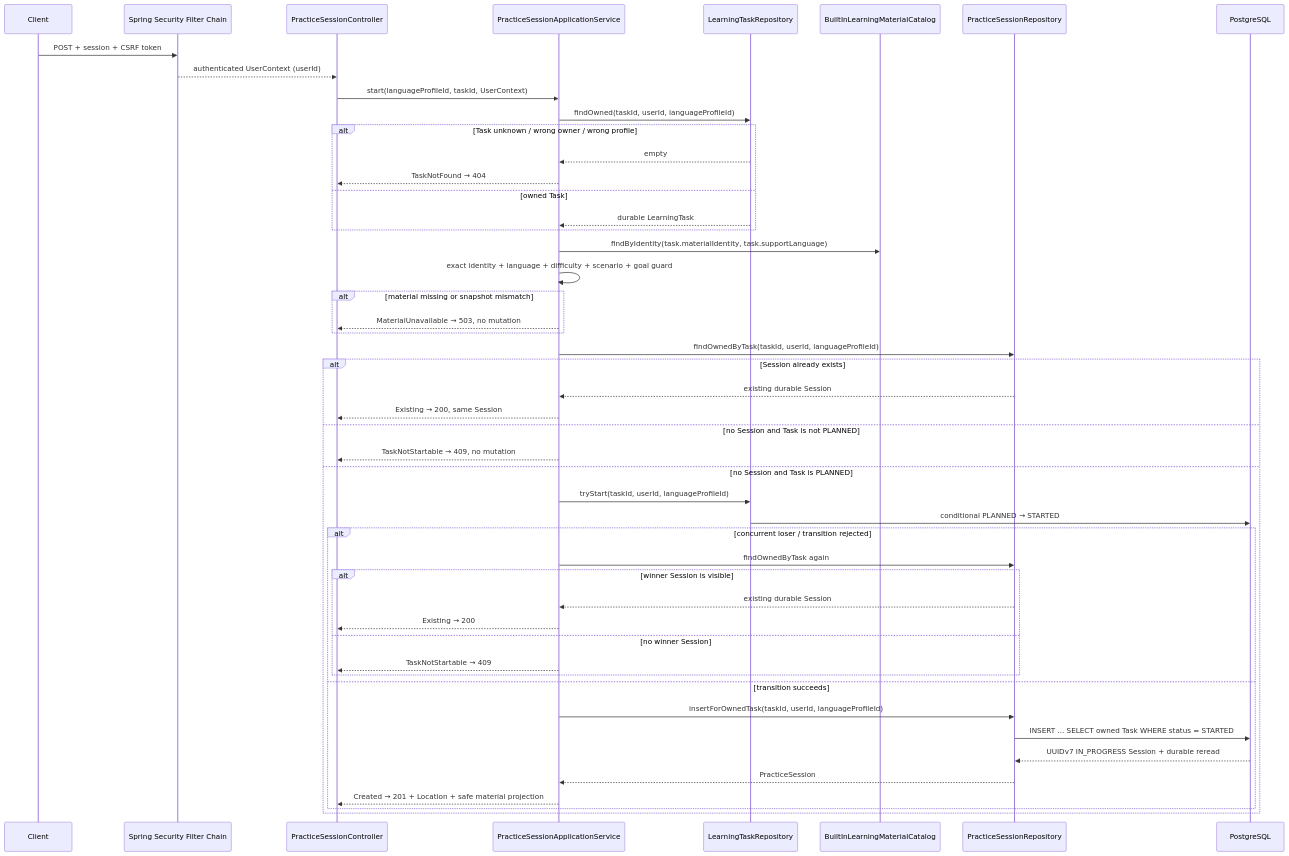
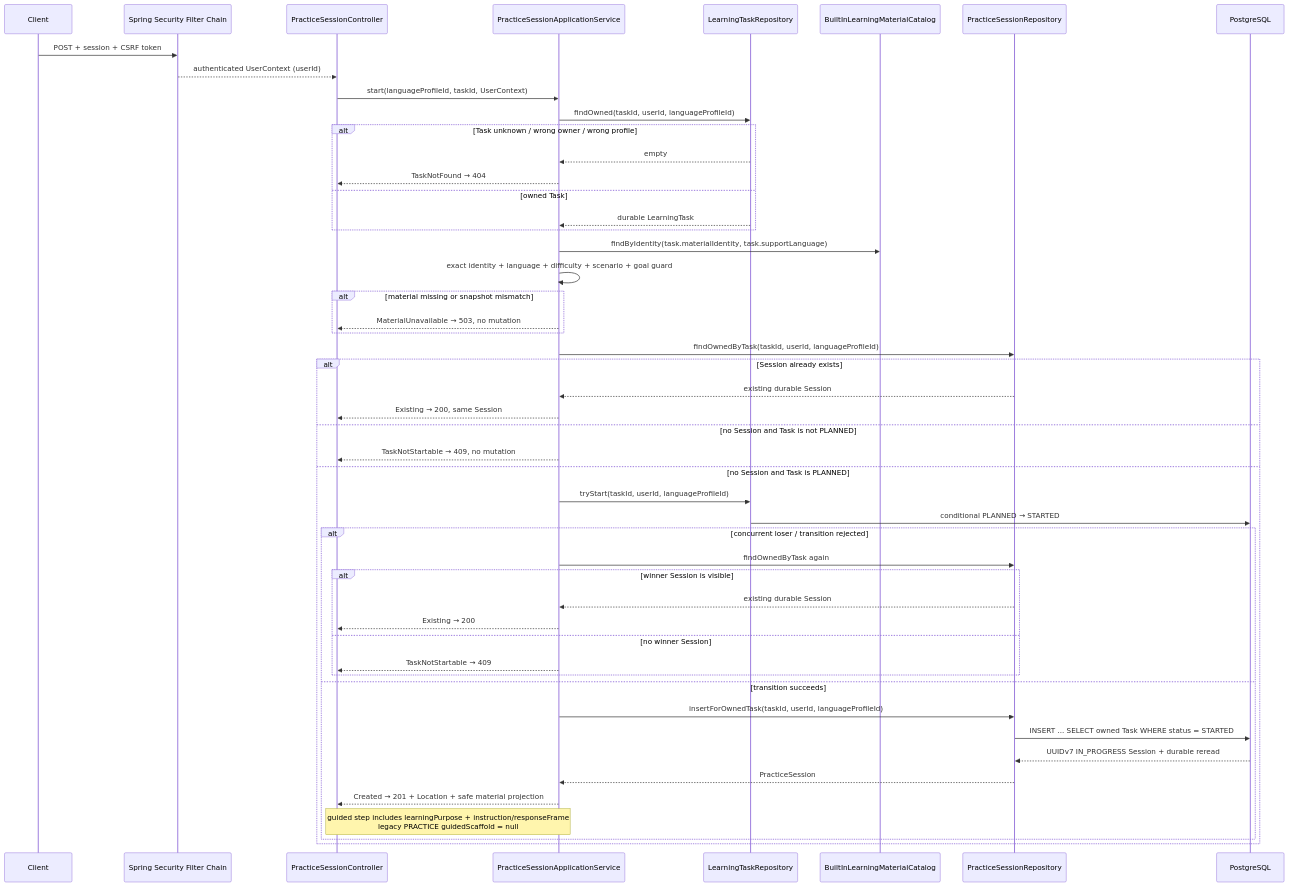
Before and after one commit to AnnnaSun/DailyLanguage: the first of 4 diagrams in docs/flow/practice-session-lifecycle.md, drawn with Mermaid. The commit also changed other lines of this file and 17 other files, not shown here.

````diff
--- a/docs/flow/practice-session-lifecycle.md
+++ b/docs/flow/practice-session-lifecycle.md
@@ -45,54 +49,55 @@
 ```mermaid
 sequenceDiagram
     participant Client
     participant Security as Spring Security Filter Chain
     participant Controller as PracticeSessionController
     participant Service as PracticeSessionApplicationService
     participant TaskRepo as LearningTaskRepository
     participant Catalog as BuiltInLearningMaterialCatalog
     participant SessionRepo as PracticeSessionRepository
     participant DB as PostgreSQL
 
     Client->>Security: POST + session + CSRF token
     Security-->>Controller: authenticated UserContext (userId)
     Controller->>Service: start(languageProfileId, taskId, UserContext)
     Service->>TaskRepo: findOwned(taskId, userId, languageProfileId)
     alt Task unknown / wrong owner / wrong profile
         TaskRepo-->>Service: empty
         Service-->>Controller: TaskNotFound → 404
     else owned Task
         TaskRepo-->>Service: durable LearningTask
     end
 
     Service->>Catalog: findByIdentity(task.materialIdentity, task.supportLanguage)
     Service->>Service: exact identity + language + difficulty + scenario + goal guard
     alt material missing or snapshot mismatch
         Service-->>Controller: MaterialUnavailable → 503, no mutation
     end
 
     Service->>SessionRepo: findOwnedByTask(taskId, userId, languageProfileId)
     alt Session already exists
         SessionRepo-->>Service: existing durable Session
         Service-->>Controller: Existing → 200, same Session
     else no Session and Task is not PLANNED
         Service-->>Controller: TaskNotStartable → 409, no mutation
     else no Session and Task is PLANNED
         Service->>TaskRepo: tryStart(taskId, userId, languageProfileId)
         TaskRepo->>DB: conditional PLANNED → STARTED
         alt concurrent loser / transition rejected
             Service->>SessionRepo: findOwnedByTask again
             alt winner Session is visible
                 SessionRepo-->>Service: existing durable Session
                 Service-->>Controller: Existing → 200
             else no winner Session
                 Service-->>Controller: TaskNotStartable → 409
             end
         else transition succeeds
             Service->>SessionRepo: insertForOwnedTask(taskId, userId, languageProfileId)
             SessionRepo->>DB: INSERT ... SELECT owned Task WHERE status = STARTED
             DB-->>SessionRepo: UUIDv7 IN_PROGRESS Session + durable reread
             SessionRepo-->>Service: PracticeSession
             Service-->>Controller: Created → 201 + Location + safe material projection
+            Note over Service,Controller: guided step includes learningPurpose + instruction/responseFrame<br/>legacy PRACTICE guidedScaffold = null
         end
     end
 ```
````
